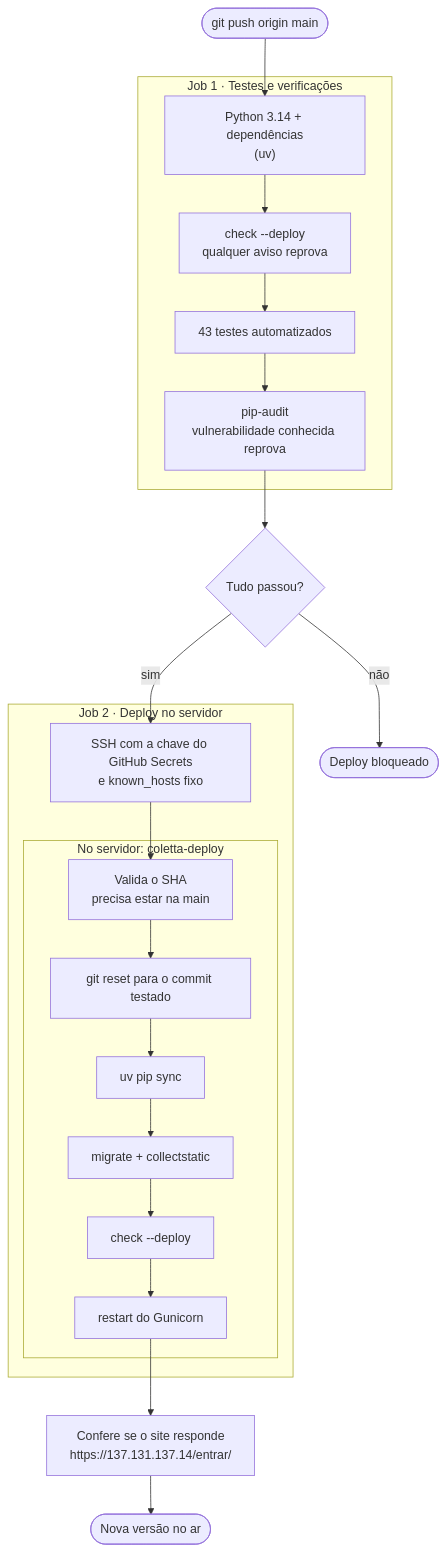
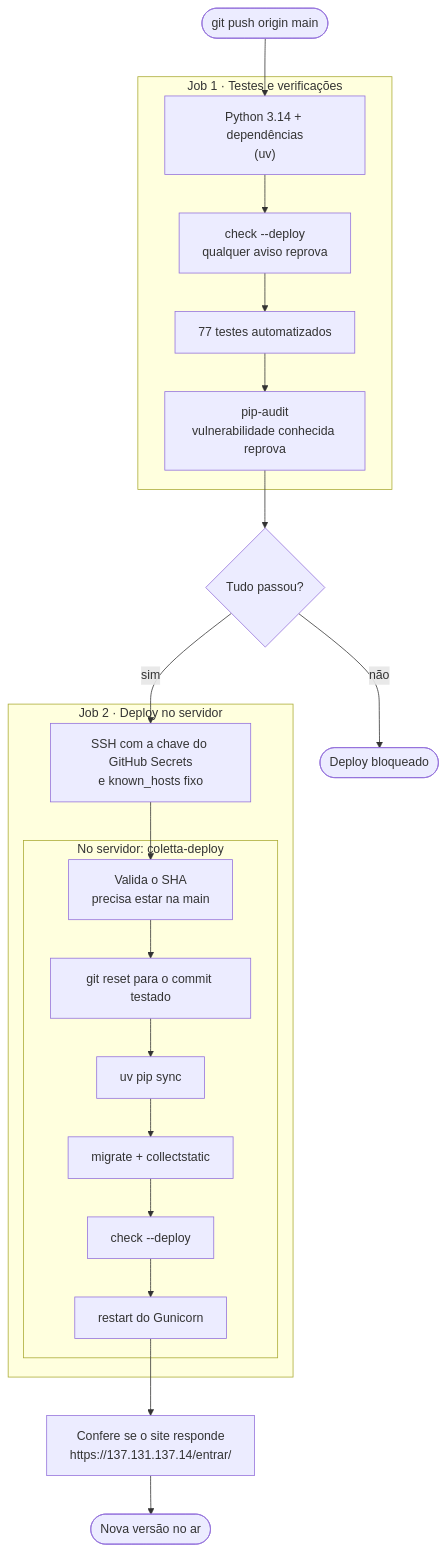
One commit to lauannyrb/coletta changed the third of 3 diagrams in README.md. Above: the diagram before and after it, drawn with Mermaid. The commit also changed other lines of this file and 34 other files, not shown here.

````diff
--- a/README.md
+++ b/README.md
@@ -364,26 +466,26 @@
 ```mermaid
 flowchart TD
     A(["git push origin main"]) --> B
 
     subgraph CI["Job 1 · Testes e verificações"]
         B["Python 3.14 + dependências<br/>(uv)"] --> C["check --deploy<br/>qualquer aviso reprova"]
-        C --> T["43 testes automatizados"]
+        C --> T["77 testes automatizados"]
         T --> P["pip-audit<br/>vulnerabilidade conhecida reprova"]
     end
 
     P --> OK{"Tudo passou?"}
     OK -->|não| X(["Deploy bloqueado"])
     OK -->|sim| S
 
     subgraph CD["Job 2 · Deploy no servidor"]
         S["SSH com a chave do GitHub Secrets<br/>e known_hosts fixo"] --> R
         subgraph SRV["No servidor: coletta-deploy"]
             R["Valida o SHA<br/>precisa estar na main"] --> GR["git reset para o commit testado"]
             GR --> UV["uv pip sync"] --> M["migrate + collectstatic"]
             M --> CK["check --deploy"] --> RS["restart do Gunicorn"]
         end
     end
 
     RS --> V["Confere se o site responde<br/>https://137.131.137.14/entrar/"]
     V --> Z(["Nova versão no ar"])
 ```
````
